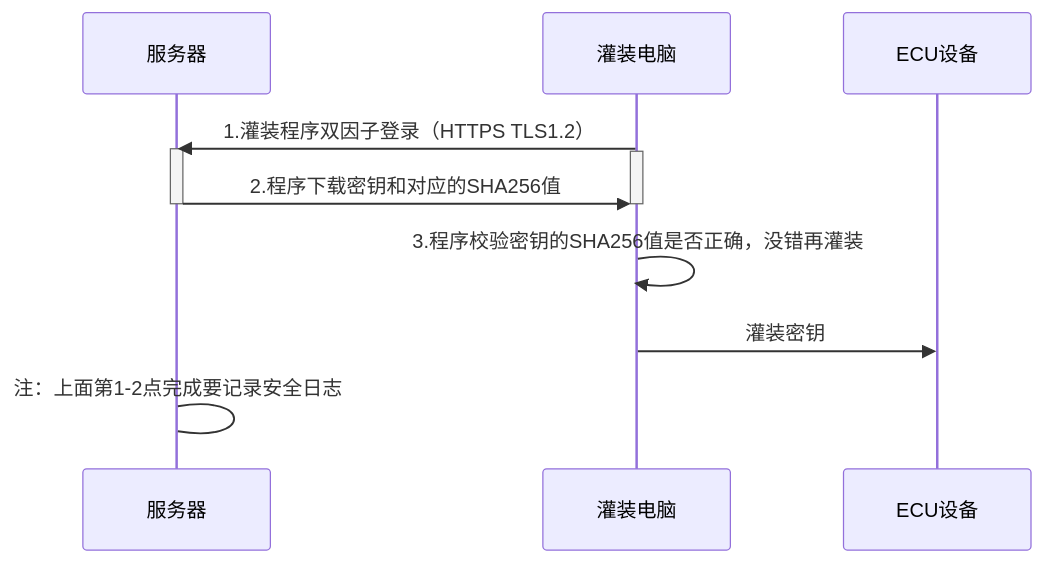
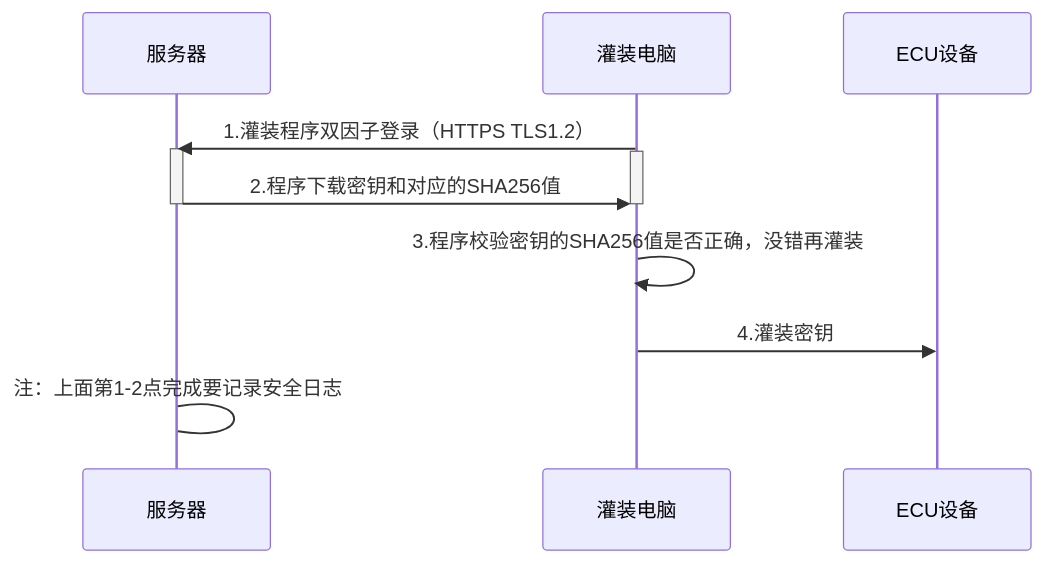
One commit to facebook-cloud/iodraw-files changed the diagram in all/未命名-25.md. Above: the diagram before and after it, drawn with Mermaid.

Commit message:
2026-04-21 15:14:54 update

````diff
--- a/all/未命名-25.md
+++ b/all/未命名-25.md
@@ -1,21 +1,22 @@
 ```mermaid
 sequenceDiagram
   
     participant B as 服务器
     participant D as 灌装电脑
     participant E as ECU设备
 
     D->>B: 1.灌装程序双因子登录（HTTPS TLS1.2）
     activate B
     activate D
 
     B->>D: 2.程序下载密钥和对应的SHA256值 
 
     deactivate B
     deactivate D
     
     D->>D: 3.程序校验密钥的SHA256值是否正确，没错再灌装
-    D->>E: 灌装密钥
+    D->>E: 4.灌装密钥
+    
 
     B->B: 注：上面第1-2点完成要记录安全日志
 ```
````
